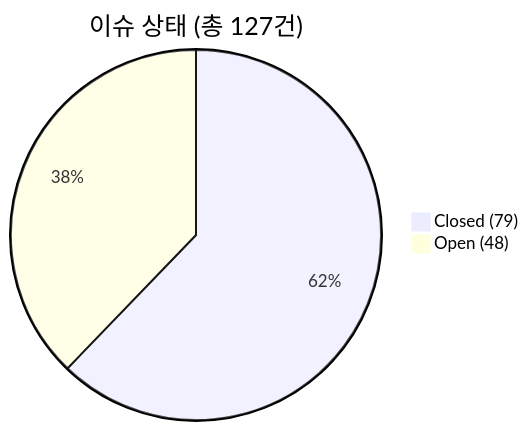
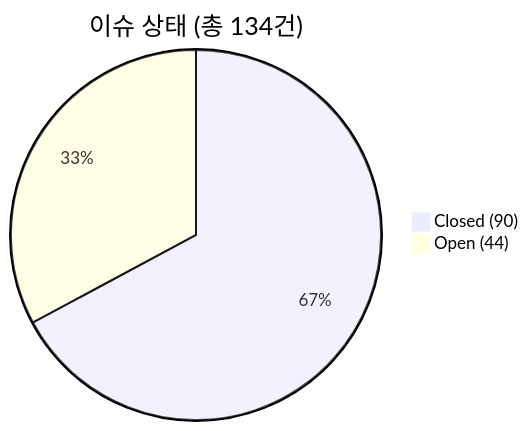
One commit to holee9/MD-process changed the first of 4 diagrams in README.md. Above: the diagram before and after it, drawn with Mermaid. The commit also changed other lines of this file and 1 other file, not shown here.

````diff
--- a/README.md
+++ b/README.md
@@ -124,5 +127,5 @@
 ```mermaid
-pie title 이슈 상태 (총 127건)
-    "Closed (79)" : 79
-    "Open (48)" : 48
+pie title 이슈 상태 (총 134건)
+    "Closed (90)" : 90
+    "Open (44)" : 44
 ```
````
